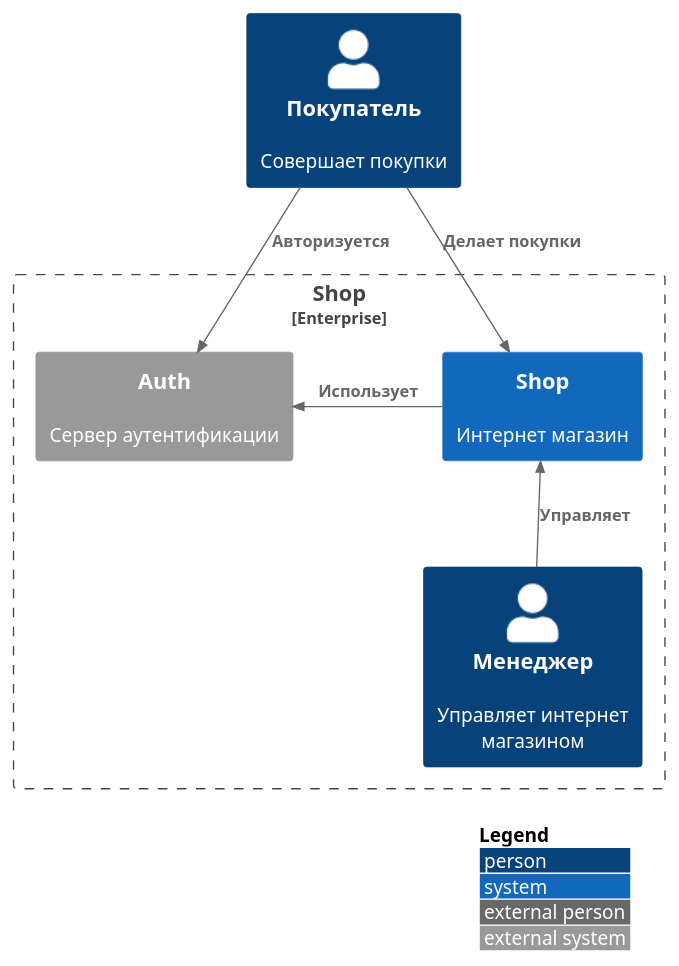
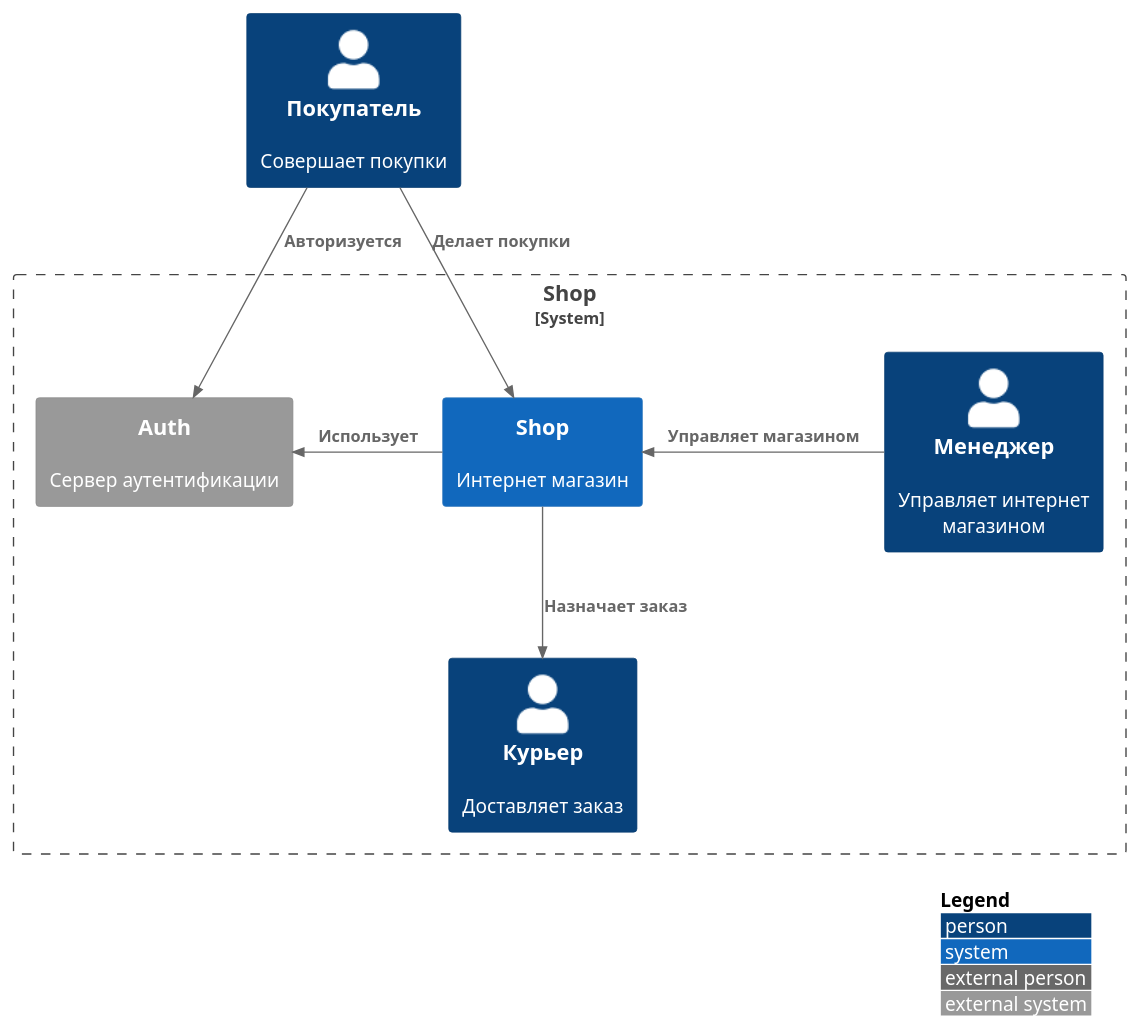
The first of 4 diagrams in README.md (gerzhan/knigaexpert-system-design), drawn with PlantUML before and after one commit. The commit also changed other lines of this file and 6 other files, not shown here.

````diff
--- a/README.md
+++ b/README.md
@@ -22,25 +22,27 @@
 ```plantuml
 !include https://raw.githubusercontent.com/plantuml-stdlib/C4-PlantUML/master/C4_Context.puml
 
 skinparam wrapWidth 200
 skinparam maxMessageSize 200
 
 LAYOUT_TOP_DOWN()
 LAYOUT_WITH_LEGEND()
 
 Person(customer, Покупатель, "Совершает покупки")
 
-Enterprise_Boundary(shop_boundary, "Shop") {
+System_Boundary(shop_boundary, "Shop") {
 Person(manager, Менеджер, "Управляет интернет магазином")
+Person(courier, Курьер, "Доставляет заказ")
 
 ' Shop
 System(shop, "Shop", "Интернет магазин")
-Rel(customer, shop, "Делает покупки")
-Rel_U(manager, shop, "Управляет")
+Rel_D(customer, shop, "Делает покупки")
+Rel_L(manager, shop, "Управляет магазином")
+Rel(shop, courier, "Назначает заказ")
 
-' Services
+' Auth
 System_Ext(auth, "Auth", "Сервер аутентификации")
 Rel_L(shop, auth, "Использует")
-Rel_R(customer, auth, "Авторизуется")
+Rel_L(customer, auth, "Авторизуется")
 }
 ```
````
